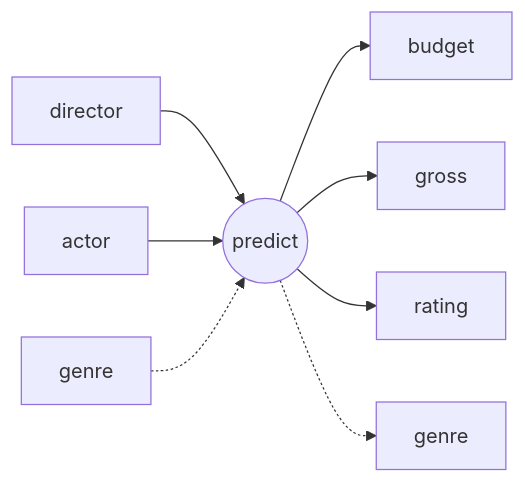
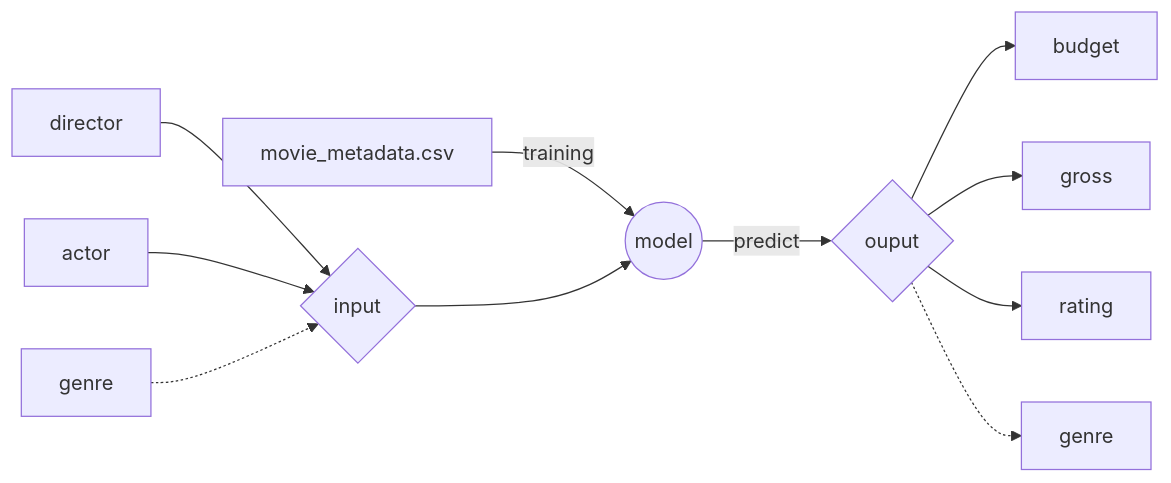
Before and after one commit to seannguyn/9321_asg2: the diagram in README.md, drawn with Mermaid. The commit also changed other lines of this file, not shown here.

Commit message:
fix displaying bugs

````diff
--- a/README.md
+++ b/README.md
@@ -147,18 +147,14 @@
 ```mermaid
 graph LR;
-    00[director]
-    01[actor]
-    02[genre]
-    10((predict))
-    00-->10
-    01-->10
-    02.->10
-    20[budget]
-    21[gross]
-    22[rating]
-    23[genre]
-    10-->20
-    10-->21
-    10-->22
-    10.->23
+    00[movie_metadata.csv]-->|training|01((model))
+    10{input}
+    11[director]-->10
+    12[actor]-->10
+    13[genre].->10
+    10-->01
+    01-->|predict|20{ouput}
+    20-->21[budget]
+    20-->22[gross]
+    20-->23[rating]
+    20.->24[genre]
 ```
````
